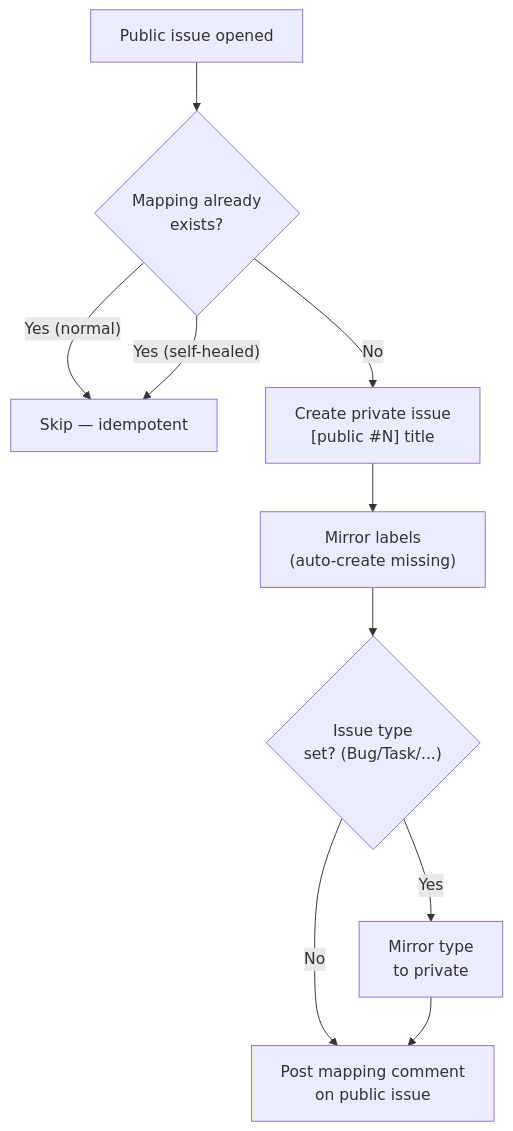
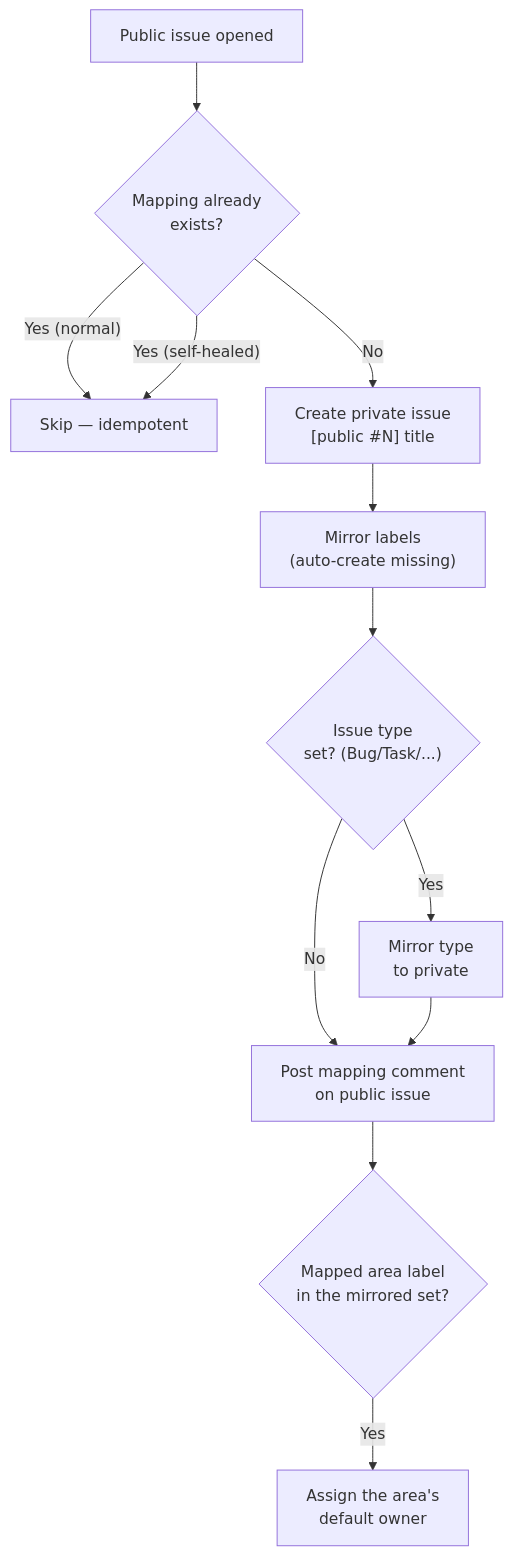
One commit to Magma-Maths/lyrebird changed the second of 16 diagrams in FLOWS.md. Above: the diagram before and after it, drawn with Mermaid. The commit also changed other lines of this file and 5 other files, not shown here.

````diff
--- a/FLOWS.md
+++ b/FLOWS.md
@@ -30,12 +30,14 @@
 ```mermaid
 flowchart TD
     A["Public issue opened"] --> B{"Mapping already<br/>exists?"}
     B -- "Yes (normal)" --> Z[Skip — idempotent]
     B -- "Yes (self-healed)" --> Z
     B -- No --> C["Create private issue<br/>[public #N] title"]
     C --> D["Mirror labels<br/>(auto-create missing)"]
     D --> E{"Issue type<br/>set? (Bug/Task/...)"}
     E -- Yes --> F["Mirror type<br/>to private"]
     E -- No --> G["Post mapping comment<br/>on public issue"]
     F --> G
+    G --> H{"Mapped area label<br/>in the mirrored set?"}
+    H -- Yes --> I["Assign the area's<br/>default owner"]
 ```
````
